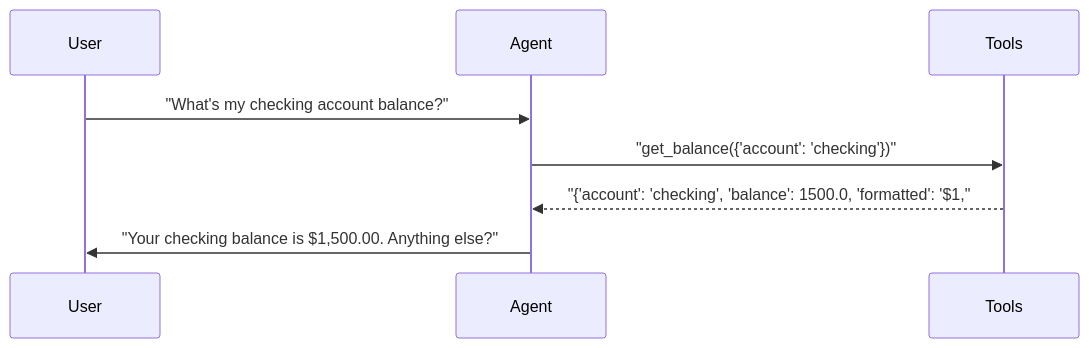
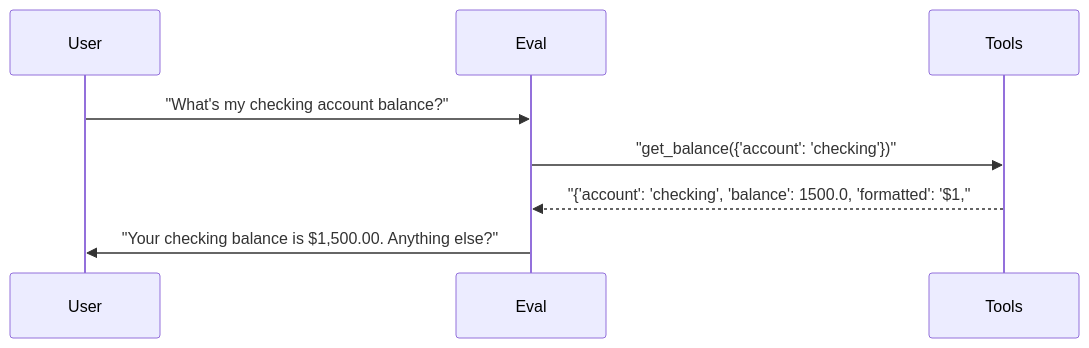
One commit to sbroenne/pytest-skill-engineering changed the third of 4 diagrams in docs/reports/10_dimension_detection.md. Above: the diagram before and after it, drawn with Mermaid. The commit also changed other lines of this file and 155 other files, not shown here.

````diff
--- a/docs/reports/10_dimension_detection.md
+++ b/docs/reports/10_dimension_detection.md
@@ -221,11 +221,11 @@
 ```mermaid
 sequenceDiagram
     participant User
-    participant Agent
+    participant Eval
     participant Tools
 
-    User->>Agent: "What's my checking account balance?"
-    Agent->>Tools: "get_balance({'account': 'checking'})"
-    Tools-->>Agent: "{'account': 'checking', 'balance': 1500.0, 'formatted': '$1,"
-    Agent->>User: "Your checking balance is $1,500.00. Anything else?"
+    User->>Eval: "What's my checking account balance?"
+    Eval->>Tools: "get_balance({'account': 'checking'})"
+    Tools-->>Eval: "{'account': 'checking', 'balance': 1500.0, 'formatted': '$1,"
+    Eval->>User: "Your checking balance is $1,500.00. Anything else?"
 ```
````
